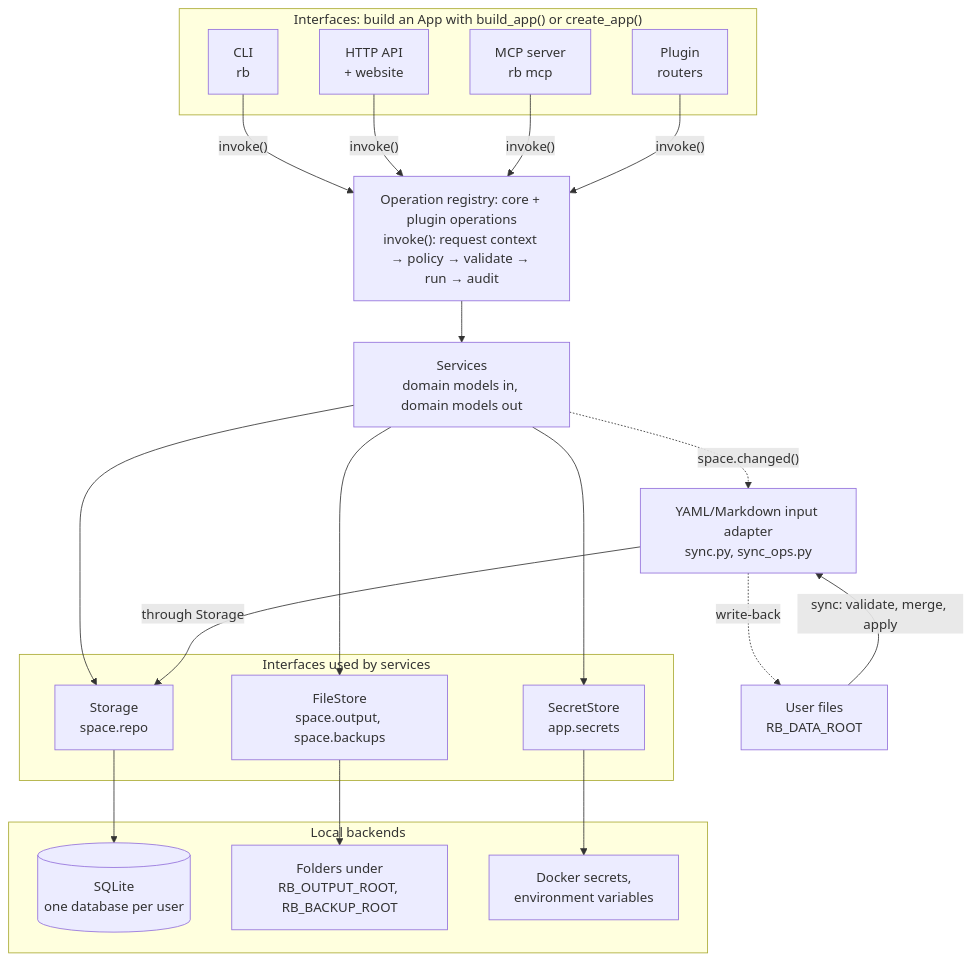
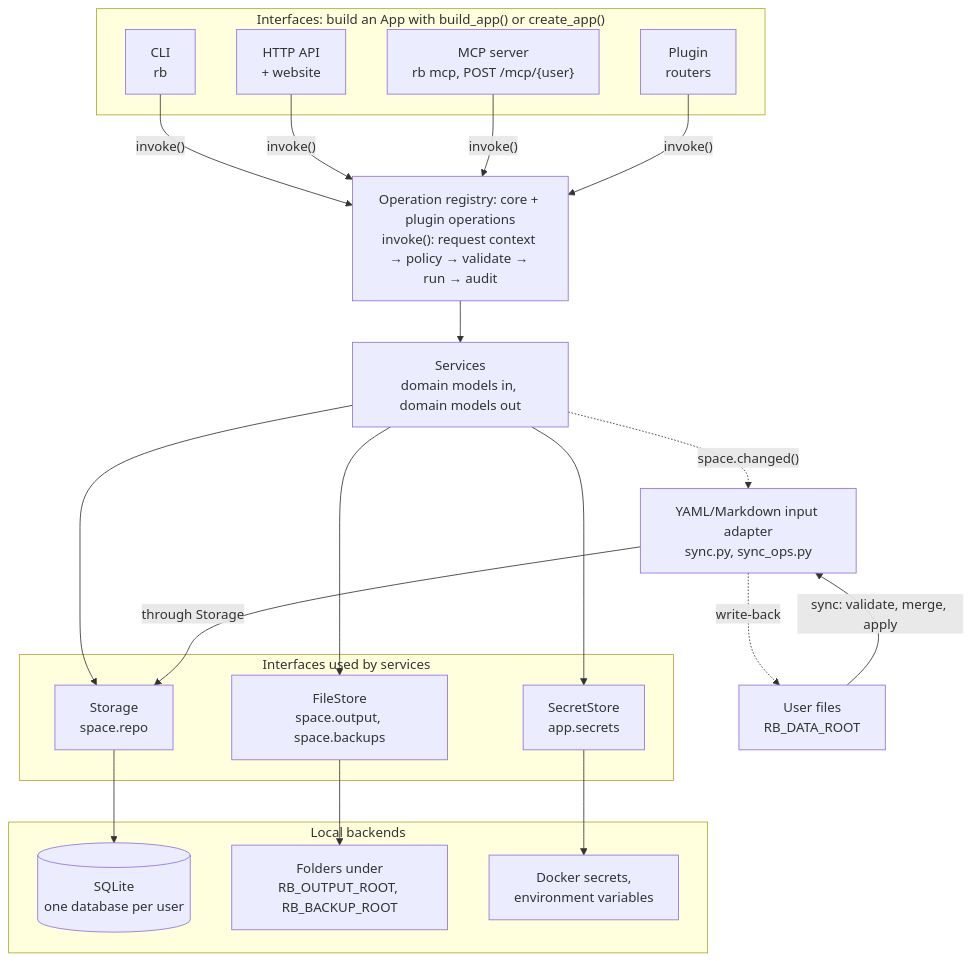
Before and after one commit to t3knoid/resume-builder: the first of 4 diagrams in docs/ARCHITECTURE.md, drawn with Mermaid. The commit also changed other lines of this file and 1 other file, not shown here.

````diff
--- a/docs/ARCHITECTURE.md
+++ b/docs/ARCHITECTURE.md
@@ -7,34 +7,34 @@
 ```mermaid
 flowchart TD
     subgraph IF["Interfaces: build an App with build_app() or create_app()"]
         CLI["CLI<br/>rb"]
         WEB["HTTP API<br/>+ website"]
-        MCP["MCP server<br/>rb mcp"]
+        MCP["MCP server<br/>rb mcp, POST /mcp/{user}"]
         PR["Plugin<br/>routers"]
     end
     OPS["Operation registry: core + plugin operations<br/>invoke(): request context → policy → validate → run → audit"]
     SVC["Services<br/>domain models in, domain models out"]
     subgraph SEAMS["Interfaces used by services"]
         ST["Storage<br/>space.repo"]
         FS["FileStore<br/>space.output, space.backups"]
         SS["SecretStore<br/>app.secrets"]
     end
     subgraph LOCAL["Local backends"]
         DB[("SQLite<br/>one database per user")]
         DIR["Folders under<br/>RB_OUTPUT_ROOT, RB_BACKUP_ROOT"]
         ENV["Docker secrets,<br/>environment variables"]
     end
     AD["YAML/Markdown input adapter<br/>sync.py, sync_ops.py"]
     FILES["User files<br/>RB_DATA_ROOT"]
 
     CLI & WEB & MCP & PR -->|"invoke()"| OPS
     OPS --> SVC
     SVC --> ST & FS & SS
     ST --> DB
     FS --> DIR
     SS --> ENV
     FILES -->|"sync: validate, merge, apply"| AD
     AD -->|"through Storage"| ST
     SVC -.->|"space.changed()"| AD
     AD -.->|"write-back"| FILES
 ```
````
